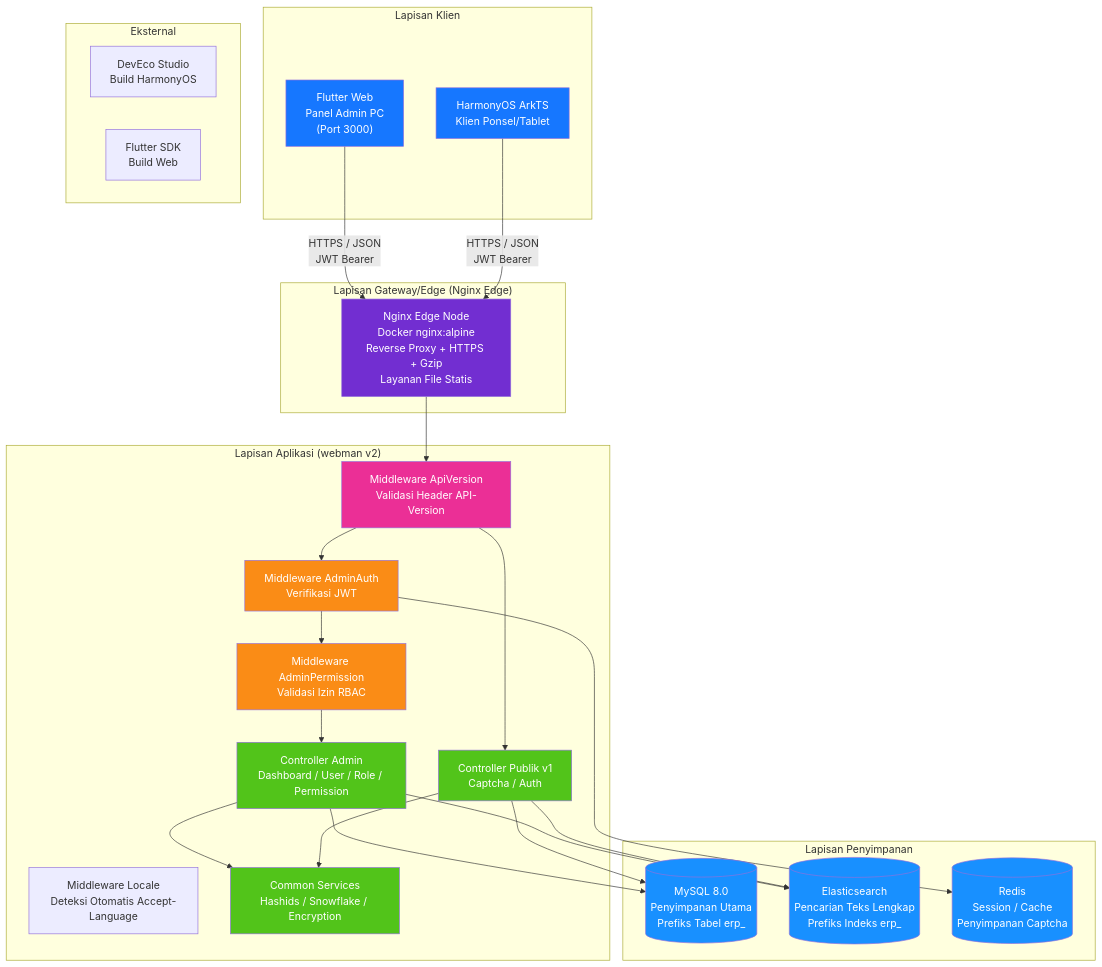
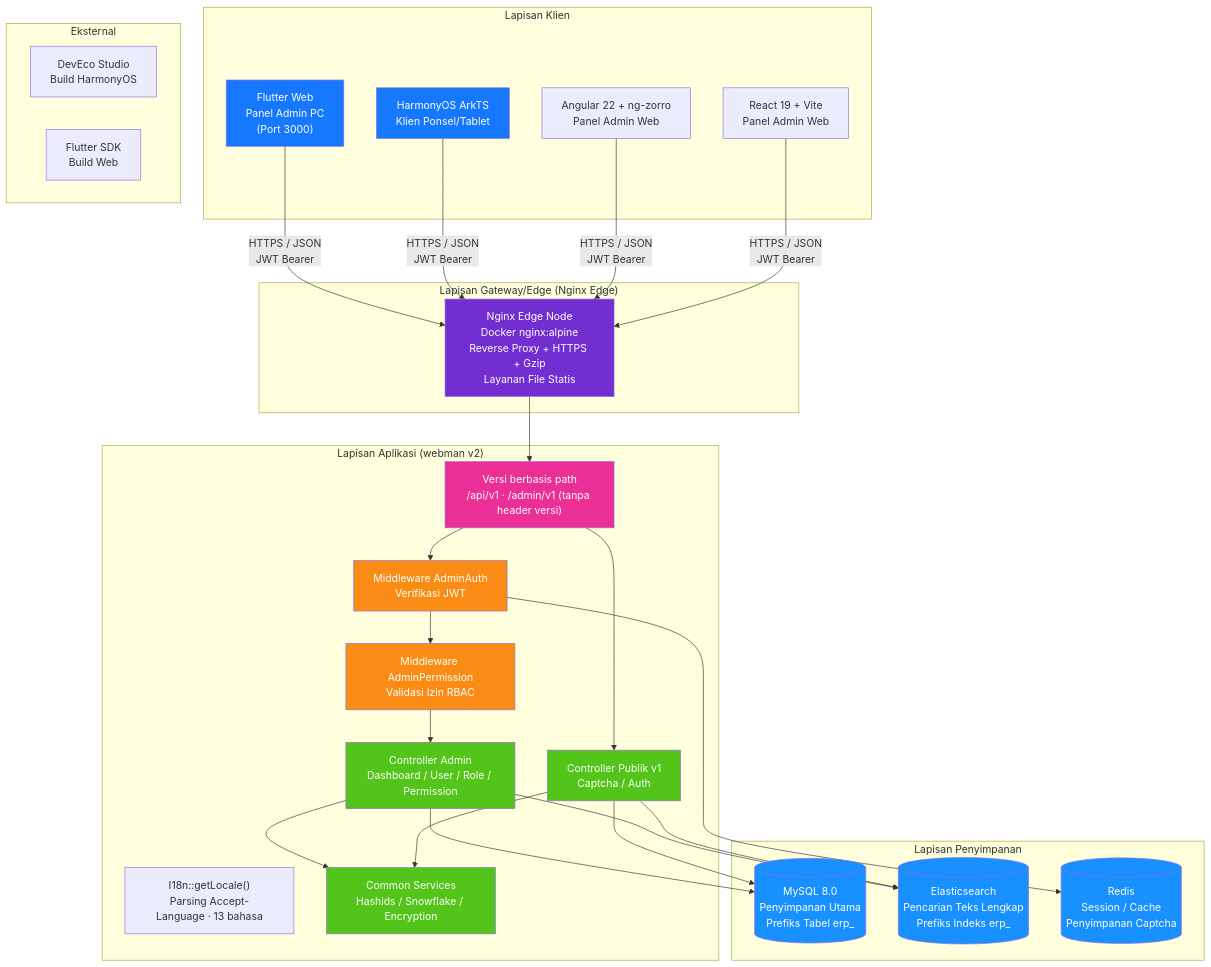
The first of 20 diagrams in docs/i18n/id/ARCHITECTURE.md (erikwang2013/erp-php), drawn with Mermaid before and after one commit. The commit also changed other lines of this file and 325 other files, not shown here.

````diff
--- a/docs/i18n/id/ARCHITECTURE.md
+++ b/docs/i18n/id/ARCHITECTURE.md
@@ -11,60 +11,64 @@
 ```mermaid
 flowchart TB
     subgraph "Lapisan Klien"
         A1["Flutter Web<br/>Panel Admin PC<br/>(Port 3000)"]
         A2["HarmonyOS ArkTS<br/>Klien Ponsel/Tablet"]
+        A3["Angular 22 + ng-zorro<br/>Panel Admin Web"]
+        A4["React 19 + Vite<br/>Panel Admin Web"]
     end
 
     subgraph "Lapisan Gateway/Edge (Nginx Edge)"
         B1["Nginx Edge Node<br/>Docker nginx:alpine<br/>Reverse Proxy + HTTPS + Gzip<br/>Layanan File Statis"]
     end
 
     subgraph "Lapisan Aplikasi (webman v2)"
-        C_LOC["Middleware Locale<br/>Deteksi Otomatis Accept-Language"]
-        C0["Middleware ApiVersion<br/>Validasi Header API-Version"]
+        C_LOC["I18n::getLocale()<br/>Parsing Accept-Language · 13 bahasa"]
+        C0["Versi berbasis path<br/>/api/v1 · /admin/v1 (tanpa header versi)"]
         C1["Middleware AdminAuth<br/>Verifikasi JWT"]
         C2["Middleware AdminPermission<br/>Validasi Izin RBAC"]
         C3["Controller Admin<br/>Dashboard / User / Role / Permission"]
         C4["Controller Publik v1<br/>Captcha / Auth"]
         C5["Common Services<br/>Hashids / Snowflake / Encryption"]
     end
 
     subgraph "Lapisan Penyimpanan"
         D1[("MySQL 8.0<br/>Penyimpanan Utama<br/>Prefiks Tabel erp_")]
         D2[("Elasticsearch<br/>Pencarian Teks Lengkap<br/>Prefiks Indeks erp_")]
         D3[("Redis<br/>Session / Cache<br/>Penyimpanan Captcha")]
     end
 
     subgraph "Eksternal"
         E1["DevEco Studio<br/>Build HarmonyOS"]
         E2["Flutter SDK<br/>Build Web"]
     end
 
     A1 -->|"HTTPS / JSON<br/>JWT Bearer"| B1
     A2 -->|"HTTPS / JSON<br/>JWT Bearer"| B1
+    A3 -->|"HTTPS / JSON<br/>JWT Bearer"| B1
+    A4 -->|"HTTPS / JSON<br/>JWT Bearer"| B1
     B1 --> C0
     C0 --> C1
     C1 --> C2
     C2 --> C3
     C0 --> C4
     C3 --> C5
     C4 --> C5
     C3 --> D1
     C4 --> D1
     C3 --> D2
     C4 --> D2
     C1 --> D3
 
     style A1 fill:#1677FF,color:#fff
     style A2 fill:#1677FF,color:#fff
     style B1 fill:#722ED1,color:#fff
     style C0 fill:#EB2F96,color:#fff
     style C1 fill:#FA8C16,color:#fff
     style C2 fill:#FA8C16,color:#fff
     style C3 fill:#52C41A,color:#fff
     style C4 fill:#52C41A,color:#fff
     style C5 fill:#52C41A,color:#fff
     style D1 fill:#1890FF,color:#fff
     style D2 fill:#1890FF,color:#fff
     style D3 fill:#1890FF,color:#fff
 ```
````
